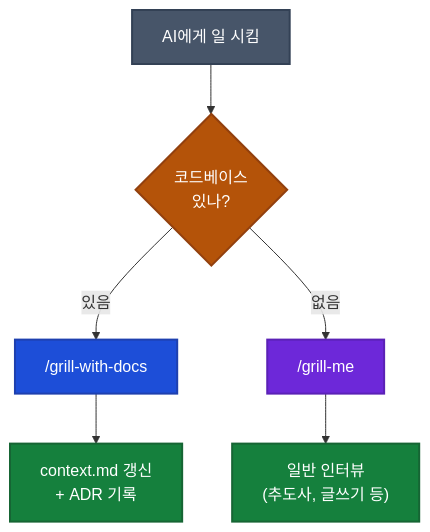
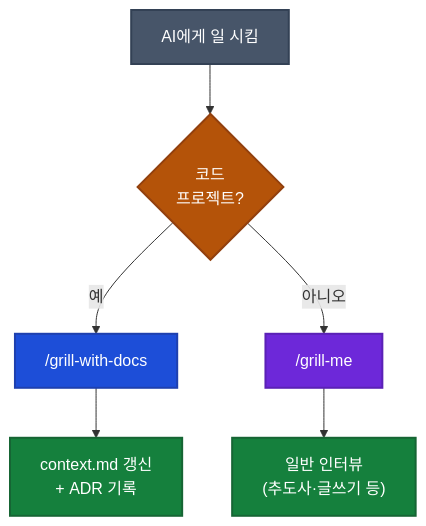
Before and after one commit to udawon/udawon-how-to-claude: the diagram in content/youtube-update/grill-with-docs-ubiquitous-language.md, drawn with Mermaid. The commit also changed other lines of this file, not shown here.

First line of the commit message:
문서 수정: grill-with-docs 영상 가이드 사실 오류 및 자막 정합성 보정

````diff
--- a/content/youtube-update/grill-with-docs-ubiquitous-language.md
+++ b/content/youtube-update/grill-with-docs-ubiquitous-language.md
@@ -140,14 +154,14 @@
 ```mermaid
 graph TB
-    A["AI에게 일 시킴"] --> B{"코드베이스<br/>있나?"}
-    B -->|있음| C["/grill-with-docs"]
-    B -->|없음| D["/grill-me"]
+    A["AI에게 일 시킴"] --> B{"코드<br/>프로젝트?"}
+    B -->|예| C["/grill-with-docs"]
+    B -->|아니오| D["/grill-me"]
     C --> E["context.md 갱신<br/>+ ADR 기록"]
-    D --> F["일반 인터뷰<br/>(추도사, 글쓰기 등)"]
+    D --> F["일반 인터뷰<br/>(추도사·글쓰기 등)"]
     style A fill:#475569,color:#fff,stroke:#334155,stroke-width:2px
     style B fill:#b45309,color:#fff,stroke:#92400e,stroke-width:2px
     style C fill:#1d4ed8,color:#fff,stroke:#1e40af,stroke-width:2px
     style D fill:#6d28d9,color:#fff,stroke:#5b21b6,stroke-width:2px
     style E fill:#15803d,color:#fff,stroke:#166534,stroke-width:2px
     style F fill:#15803d,color:#fff,stroke:#166534,stroke-width:2px
 ```
````
